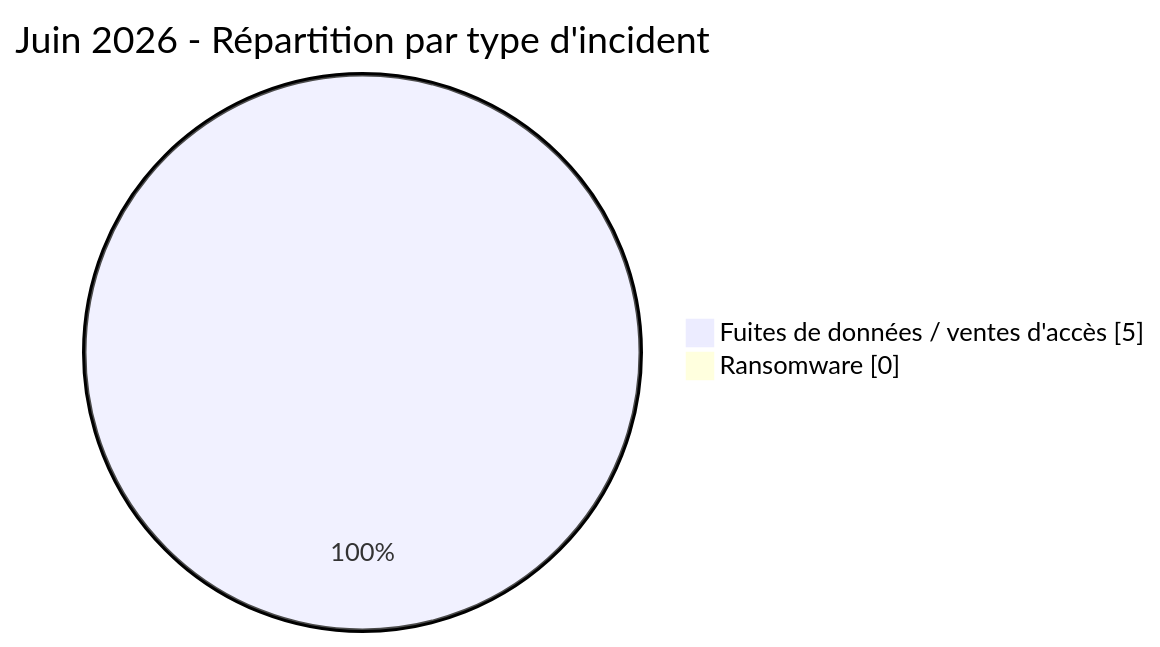
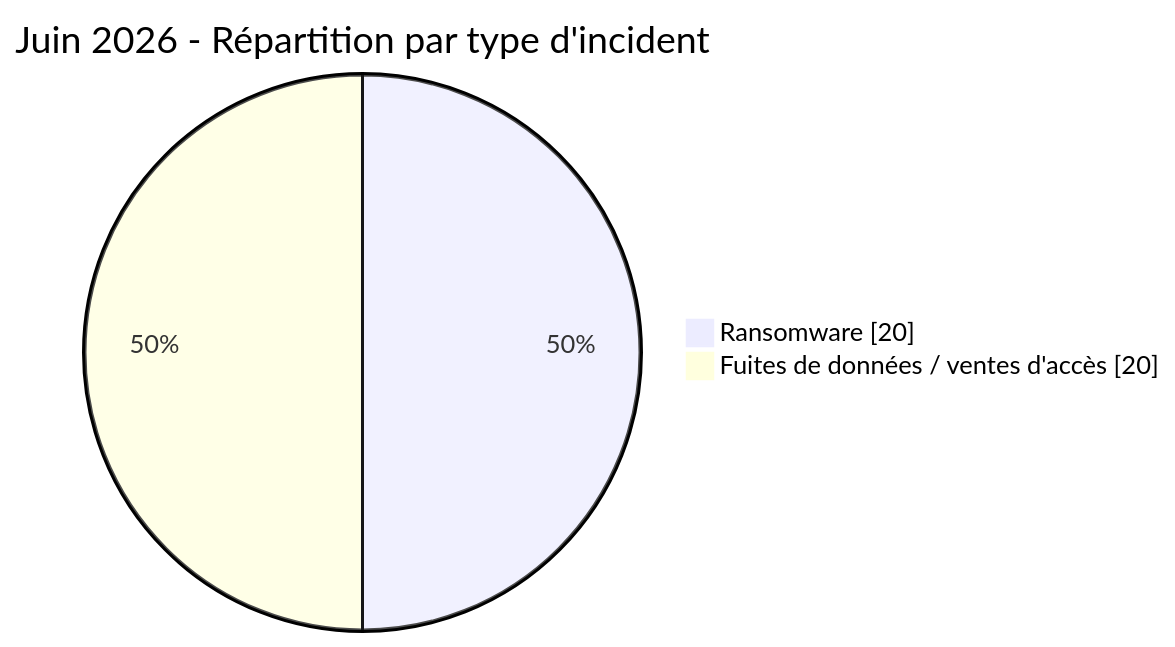
The third of 5 diagrams in comparison/2026/05-may-june/README_FR.md (Hatchepsoute/AFRINTEL), drawn with Mermaid before and after one commit. The commit also changed other lines of this file and 18 other files, not shown here.

````diff
--- a/comparison/2026/05-may-june/README_FR.md
+++ b/comparison/2026/05-may-june/README_FR.md
@@ -55,6 +54,6 @@
 ```mermaid
 pie showData
     title Juin 2026 - Répartition par type d'incident
-    "Fuites de données / ventes d'accès" : 5
-    "Ransomware" : 0
+    "Ransomware" : 20
+    "Fuites de données / ventes d'accès" : 20
 ```
````
